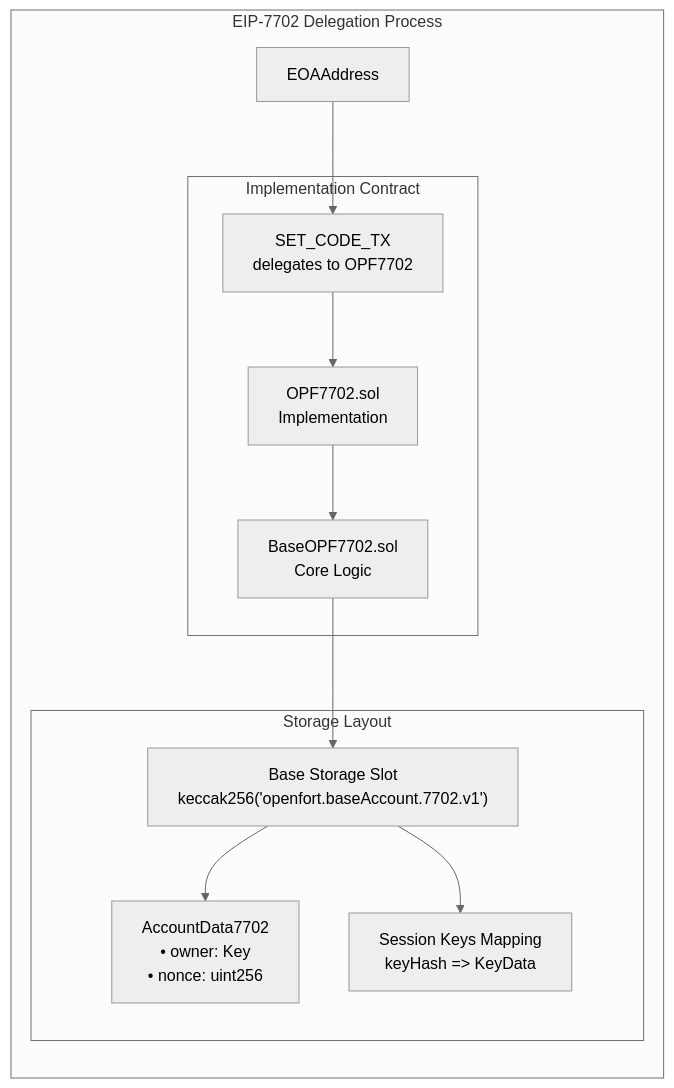
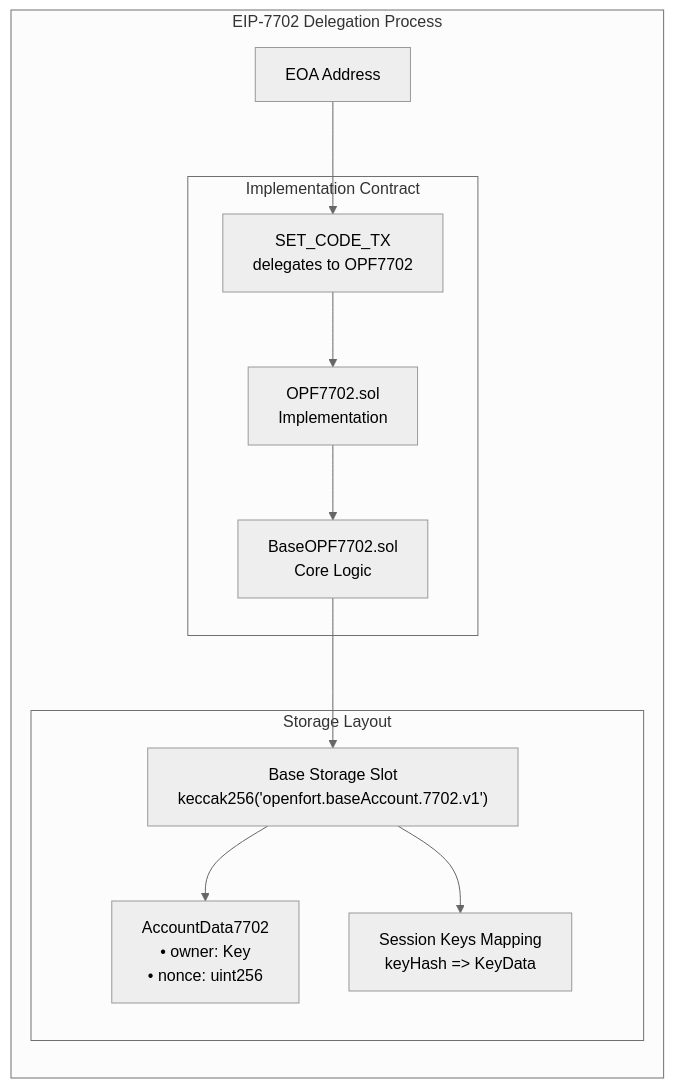
The first of 4 diagrams in docs/AA.md (openfort-xyz/openfort-7702-account), drawn with Mermaid (neutral theme) before and after one commit.

Commit message:
(fix) AA.md

````diff
--- a/docs/AA.md
+++ b/docs/AA.md
@@ -20,26 +20,26 @@
 ```mermaid
 flowchart LR
     subgraph "EIP-7702 Delegation Process"
-        EOA["EOAAddress"]
+        EOA["EOA Address"]
         
         subgraph "Implementation Contract"
             SetCode["SET_CODE_TX<br/>delegates to OPF7702"]
             OPF7702["OPF7702.sol<br/>Implementation"]
             BaseOPF["BaseOPF7702.sol<br/>Core Logic"]
         end
         
         subgraph "Storage Layout"
             BaseSlot["Base Storage Slot<br/>keccak256('openfort.baseAccount.7702.v1')"]
             AccountData["AccountData7702<br/>• owner: Key<br/>• nonce: uint256"]
             SessionKeys["Session Keys Mapping<br/>keyHash => KeyData"]
         end
     end
 
     %% Flow connections
     EOA --> SetCode
     SetCode --> OPF7702
     OPF7702 --> BaseOPF
     BaseOPF --> BaseSlot
     BaseSlot --> AccountData
     BaseSlot --> SessionKeys
 ```
````
